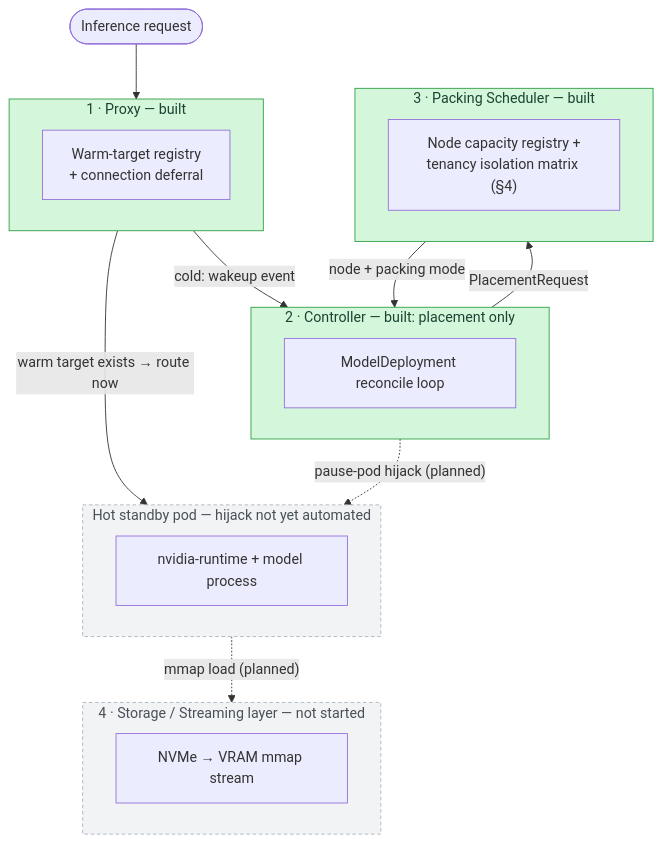
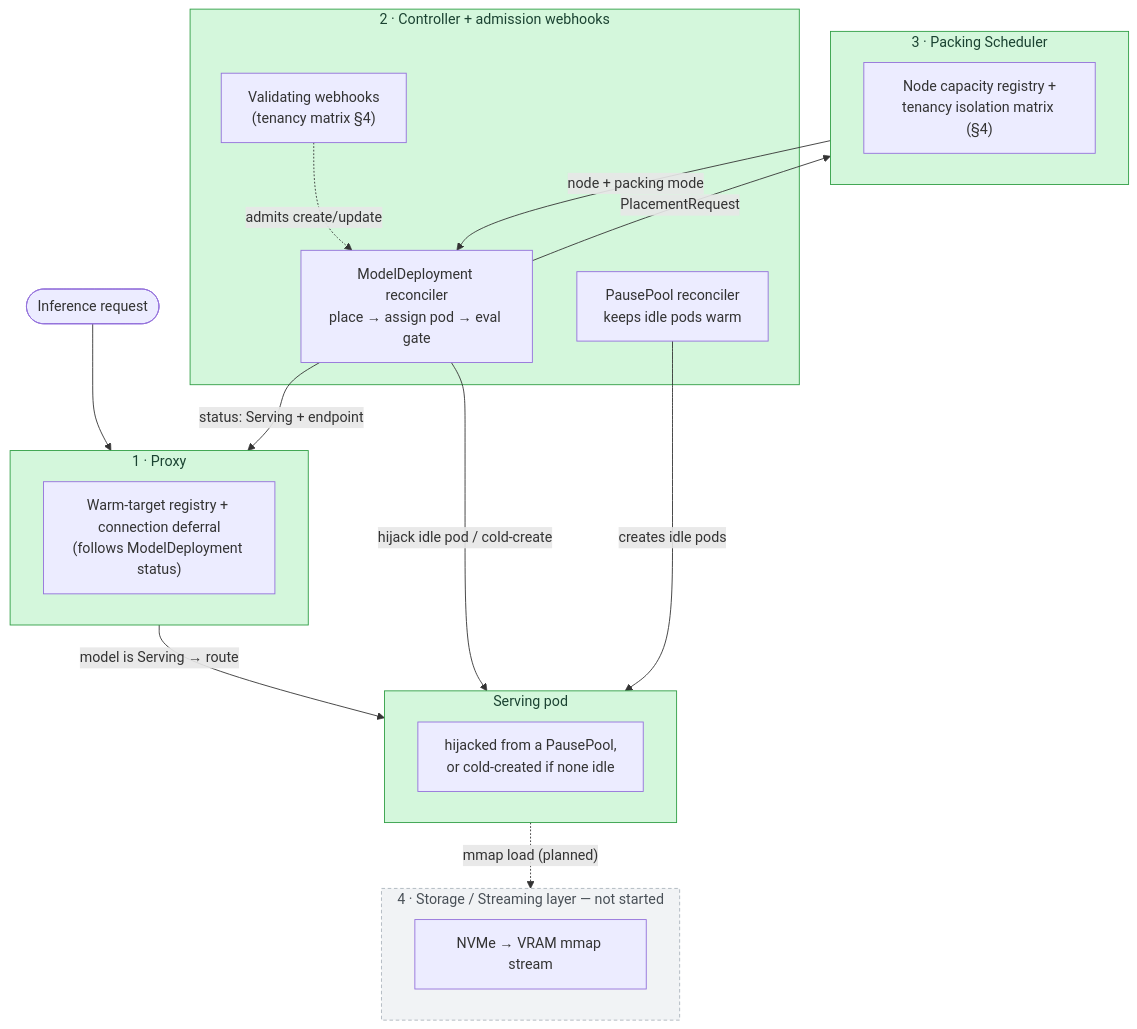
The diagram in README.md (amphoralabs/amphora), drawn with Mermaid before and after one commit. The commit also changed other lines of this file, not shown here.

First line of the commit message:
docs: bring README up to date with what is shipped and what is not (#22)

````diff
--- a/README.md
+++ b/README.md
@@ -16,37 +19,41 @@
 ```mermaid
 flowchart TB
     Client([Inference request])
 
-    subgraph Proxy["1 · Proxy — built"]
-        Registry[Warm-target registry<br/>+ connection deferral]
+    subgraph Proxy["1 · Proxy"]
+        Registry["Warm-target registry + connection deferral<br/>(follows ModelDeployment status)"]
     end
 
-    subgraph Controller["2 · Controller — built: placement only"]
-        Reconcile["ModelDeployment reconcile loop"]
+    subgraph Controller["2 · Controller + admission webhooks"]
+        Webhook["Validating webhooks<br/>(tenancy matrix §4)"]
+        Reconcile["ModelDeployment reconciler<br/>place → assign pod → eval gate"]
+        Pool["PausePool reconciler<br/>keeps idle pods warm"]
     end
 
-    subgraph Scheduler["3 · Packing Scheduler — built"]
+    subgraph Scheduler["3 · Packing Scheduler"]
         Matrix["Node capacity registry +<br/>tenancy isolation matrix (§4)"]
     end
 
-    subgraph Pod["Hot standby pod — hijack not yet automated"]
-        NV[nvidia-runtime + model process]
+    subgraph Pod["Serving pod"]
+        NV["hijacked from a PausePool,<br/>or cold-created if none idle"]
     end
 
     subgraph Storage["4 · Storage / Streaming layer — not started"]
         S[NVMe → VRAM mmap stream]
     end
 
     Client --> Proxy
-    Proxy -- "warm target exists → route now" --> Pod
-    Proxy -- "cold: wakeup event" --> Controller
-    Controller -- "PlacementRequest" --> Scheduler
-    Scheduler -- "node + packing mode" --> Controller
-    Controller -. "pause-pod hijack (planned)" .-> Pod
+    Proxy -- "model is Serving → route" --> Pod
+    Webhook -. "admits create/update" .-> Reconcile
+    Reconcile -- "PlacementRequest" --> Scheduler
+    Scheduler -- "node + packing mode" --> Reconcile
+    Reconcile -- "hijack idle pod / cold-create" --> Pod
+    Pool -- "creates idle pods" --> Pod
+    Reconcile -- "status: Serving + endpoint" --> Proxy
     Pod -. "mmap load (planned)" .-> Storage
 
     classDef built fill:#d4f7dc,stroke:#2f9e44,color:#1b4332;
     classDef planned fill:#f1f3f5,stroke:#adb5bd,color:#495057,stroke-dasharray: 4 3;
-    class Proxy,Controller,Scheduler built;
-    class Pod,Storage planned;
+    class Proxy,Controller,Scheduler,Pod built;
+    class Storage planned;
 ```
````
